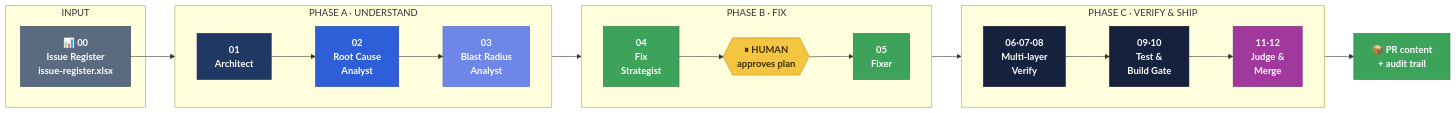
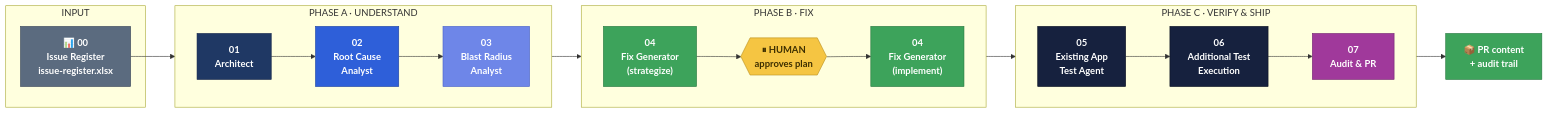
One commit to Udaradg/sample-java-project changed the first of 5 diagrams in .github/README.md. Above: the diagram before and after it, drawn with Mermaid. The commit also changed other lines of this file and 192 other files, not shown here.

````diff
--- a/.github/README.md
+++ b/.github/README.md
@@ -39,55 +43,55 @@
 ```mermaid
 flowchart LR
   subgraph IN[" INPUT "]
     R["📊 00<br/>Issue Register<br/>issue-register.xlsx"]
   end
 
   subgraph A[" PHASE A · UNDERSTAND "]
     direction LR
     A1["01<br/>Architect"]
     A2["02<br/>Root Cause<br/>Analyst"]
     A3["03<br/>Blast Radius<br/>Analyst"]
     A1 --> A2 --> A3
   end
 
   subgraph B[" PHASE B · FIX "]
     direction LR
-    B1["04<br/>Fix<br/>Strategist"]
+    B1["04<br/>Fix Generator<br/>(strategize)"]
     HC{{"⏸ HUMAN<br/>approves plan"}}
-    B2["05<br/>Fixer"]
+    B2["04<br/>Fix Generator<br/>(implement)"]
     B1 --> HC --> B2
   end
 
   subgraph C[" PHASE C · VERIFY & SHIP "]
     direction LR
-    C1["06·07·08<br/>Multi-layer<br/>Verify"]
-    C2["09·10<br/>Test &<br/>Build Gate"]
-    C3["11·12<br/>Judge &<br/>Merge"]
+    C1["05<br/>Existing App<br/>Test Agent"]
+    C2["06<br/>Additional Test<br/>Execution"]
+    C3["07<br/>Audit & PR"]
     C1 --> C2 --> C3
   end
 
   R --> A2
   A3 --> B1
   B2 --> C1
   C3 --> OUT["📦 PR content<br/>+ audit trail"]
 
   classDef input fill:#5B6B7F,stroke:#3d4a5a,color:#fff,font-weight:bold
   classDef phaseA fill:#1F3864,stroke:#14254a,color:#fff,font-weight:bold
   classDef phaseA2 fill:#2E5FD9,stroke:#1e42a0,color:#fff,font-weight:bold
   classDef phaseA3 fill:#6E86E8,stroke:#4a63c8,color:#fff,font-weight:bold
   classDef phaseB fill:#3DA35B,stroke:#26773f,color:#fff,font-weight:bold
   classDef human fill:#F5C542,stroke:#b8901f,color:#3d2f00,font-weight:bold
   classDef phaseC fill:#16213E,stroke:#0a1020,color:#fff,font-weight:bold
   classDef ship fill:#A0399B,stroke:#732770,color:#fff,font-weight:bold
   classDef out fill:#3DA35B,stroke:#26773f,color:#fff,font-weight:bold
 
   class R input
   class A1 phaseA
   class A2 phaseA2
   class A3 phaseA3
   class B1,B2 phaseB
   class HC human
   class C1,C2 phaseC
   class C3 ship
   class OUT out
 ```
````
